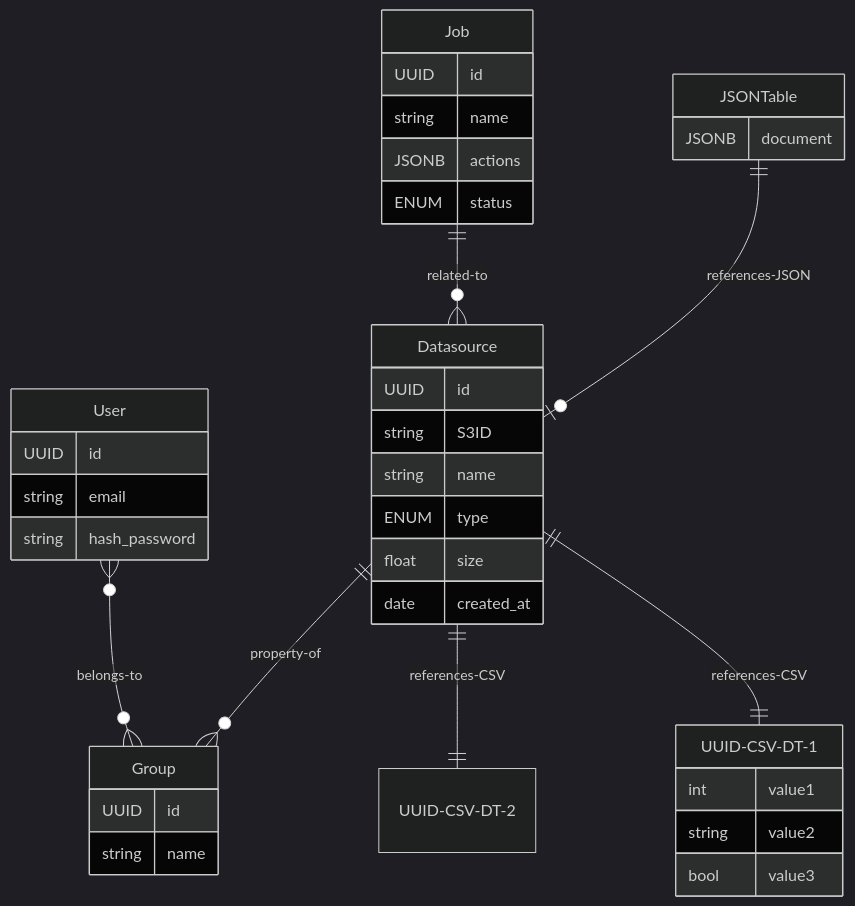
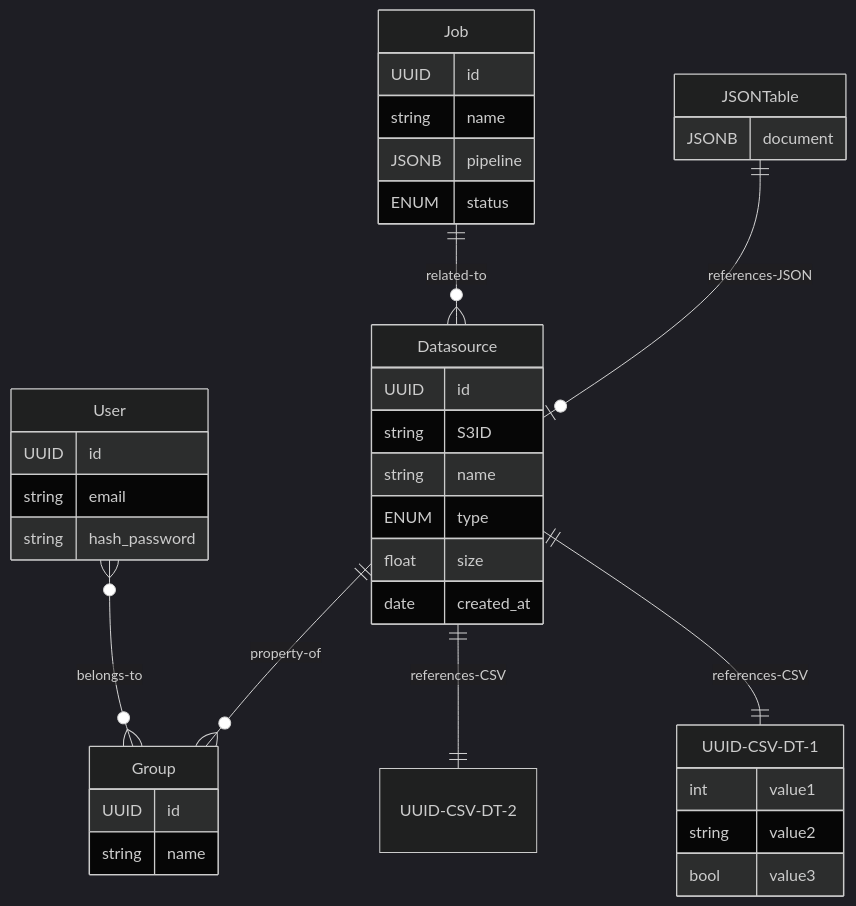
The diagram in docs/data-go-fast_database-doc.mmd (DO-JENC/data-go-fast), drawn with Mermaid (dark theme) before and after one commit. The commit also changed 1 other file, not shown here.

Commit message:
refactor: renamed actions to pipeline in database

```diff
--- a/docs/data-go-fast_database-doc.mmd
+++ b/docs/data-go-fast_database-doc.mmd
@@ -1,43 +1,43 @@
 erDiagram
     User {
         UUID id
         string email
         string hash_password
     }
     User }o--o{ Group : belongs-to
     Group {
         UUID id
         string name
     }
 
     Datasource {
         UUID id
         string S3ID
         string name
         ENUM type
         float size
         date created_at
     }
     Datasource ||--|| UUID-CSV-DT-1 : references-CSV
     UUID-CSV-DT-1{
         int value1
         string value2
         bool value3
     }
     Datasource ||--|| UUID-CSV-DT-2 : references-CSV
     UUID-CSV-DT-2{
     }
     JSONTable{
         JSONB document
     }
     JSONTable ||--|o Datasource : references-JSON
     Datasource ||--o{ Group : property-of
 
     Job {
         UUID id
         string name
-        JSONB actions
+        JSONB pipeline
         ENUM status
 
     }
     Job ||--o{ Datasource : related-to
```
